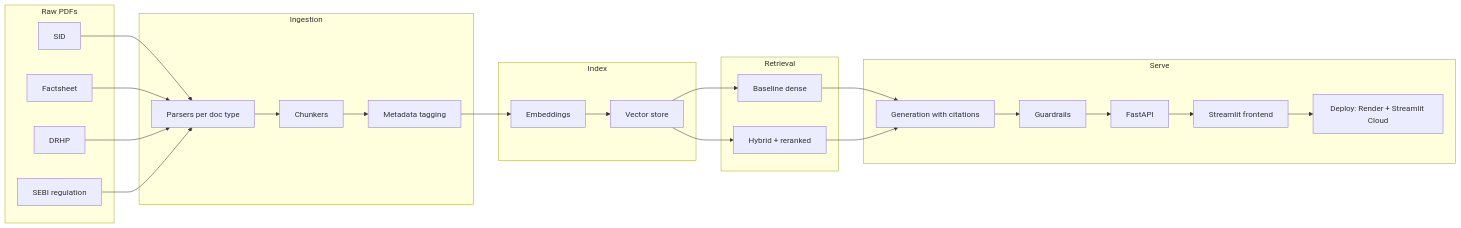
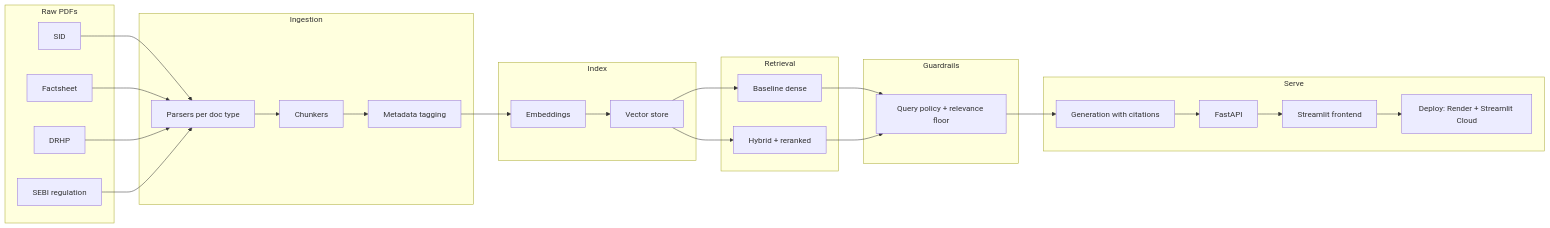
The diagram in docs/architecture.md (pmpoopan/InvestIQ), drawn with Mermaid before and after one commit. The commit also changed other lines of this file and 26 other files, not shown here.

````diff
--- a/docs/architecture.md
+++ b/docs/architecture.md
@@ -9,44 +9,48 @@
 ```mermaid
 flowchart LR
     subgraph raw [Raw PDFs]
         SID[SID]
         FS[Factsheet]
         DRHP[DRHP]
         SEBI[SEBI regulation]
     end
 
     subgraph ingest [Ingestion]
         P[Parsers per doc type]
         C[Chunkers]
         M[Metadata tagging]
     end
 
     subgraph index [Index]
         E[Embeddings]
         VS[Vector store]
     end
 
     subgraph retrieve [Retrieval]
         B[Baseline dense]
         H[Hybrid + reranked]
     end
 
+    subgraph rails [Guardrails]
+        GR[Query policy + relevance floor]
+    end
+
     subgraph serve [Serve]
         G[Generation with citations]
-        GR[Guardrails]
         API[FastAPI]
         UI[Streamlit frontend]
         DEP[Deploy: Render + Streamlit Cloud]
     end
 
     SID --> P
     FS --> P
     DRHP --> P
     SEBI --> P
     P --> C --> M --> E --> VS
     VS --> B
     VS --> H
-    B --> G
-    H --> G
-    G --> GR --> API --> UI --> DEP
+    B --> GR
+    H --> GR
+    GR --> G
+    G --> API --> UI --> DEP
 ```
````
